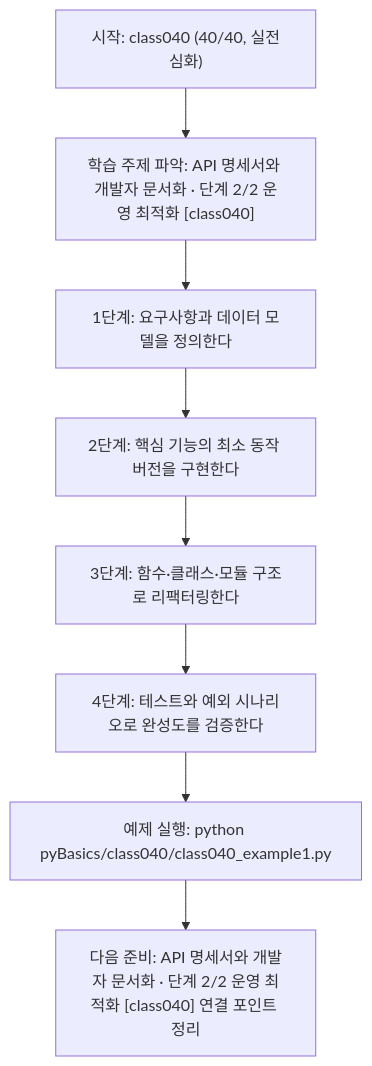
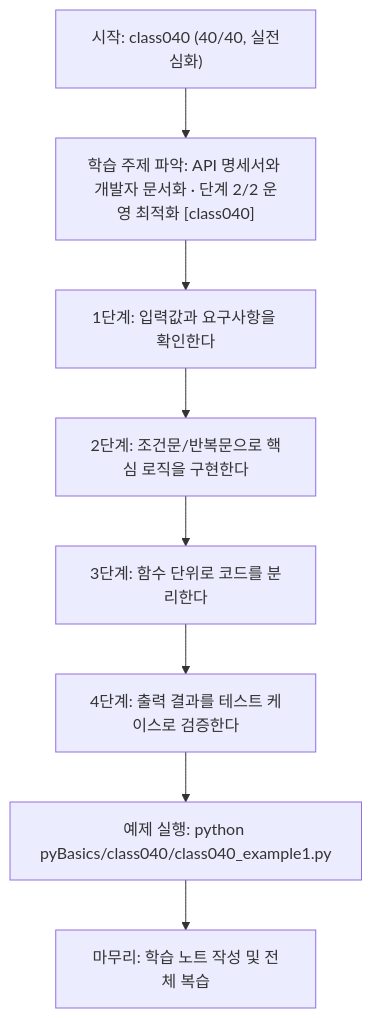
Before and after one commit to edumgt/Python-AI_Agent-Class: the diagram in pyBasics/class040/class040.md, drawn with Mermaid. The commit also changed other lines of this file and 2370 other files, not shown here.

````diff
--- a/pyBasics/class040/class040.md
+++ b/pyBasics/class040/class040.md
@@ -108,18 +91,18 @@
 ```mermaid
 flowchart TD
 N1["시작: class040 (40/40, 실전심화)"]
 N2["학습 주제 파악: API 명세서와 개발자 문서화 · 단계 2/2 운영 최적화 [class040]"]
-N3["1단계: 요구사항과 데이터 모델을 정의한다"]
-N4["2단계: 핵심 기능의 최소 동작 버전을 구현한다"]
-N5["3단계: 함수·클래스·모듈 구조로 리팩터링한다"]
-N6["4단계: 테스트와 예외 시나리오로 완성도를 검증한다"]
+N3["1단계: 입력값과 요구사항을 확인한다"]
+N4["2단계: 조건문/반복문으로 핵심 로직을 구현한다"]
+N5["3단계: 함수 단위로 코드를 분리한다"]
+N6["4단계: 출력 결과를 테스트 케이스로 검증한다"]
 N7["예제 실행: python pyBasics/class040/class040_example1.py"]
-N8["다음 준비: API 명세서와 개발자 문서화 · 단계 2/2 운영 최적화 [class040] 연결 포인트 정리"]
+N8["마무리: 학습 노트 작성 및 전체 복습"]
 N1 --> N2
 N2 --> N3
 N3 --> N4
 N4 --> N5
 N5 --> N6
 N6 --> N7
 N7 --> N8
 ```
````
